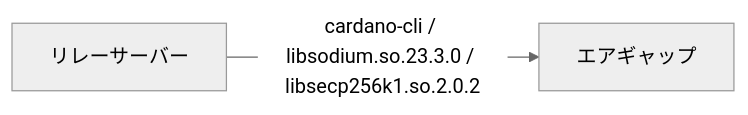
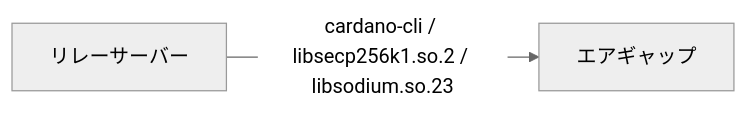
The third of 3 diagrams in content/docs/cardano/operation/node-update.mdx (kuhito-inc/spojapanguild), drawn with Mermaid (neutral theme) before and after one commit. The commit also changed other lines of this file, not shown here.

````diff
--- a/content/docs/cardano/operation/node-update.mdx
+++ b/content/docs/cardano/operation/node-update.mdx
@@ -1071,4 +1074,4 @@
 ```mermaid
 graph LR
-    A[リレーサーバー] -->|cardano-cli / libsodium.so.23.3.0 / libsecp256k1.so.2.0.2| B[エアギャップ];
+    A[リレーサーバー] -->|cardano-cli / libsecp256k1.so.2 / libsodium.so.23| B[エアギャップ];
 ``` 
````
